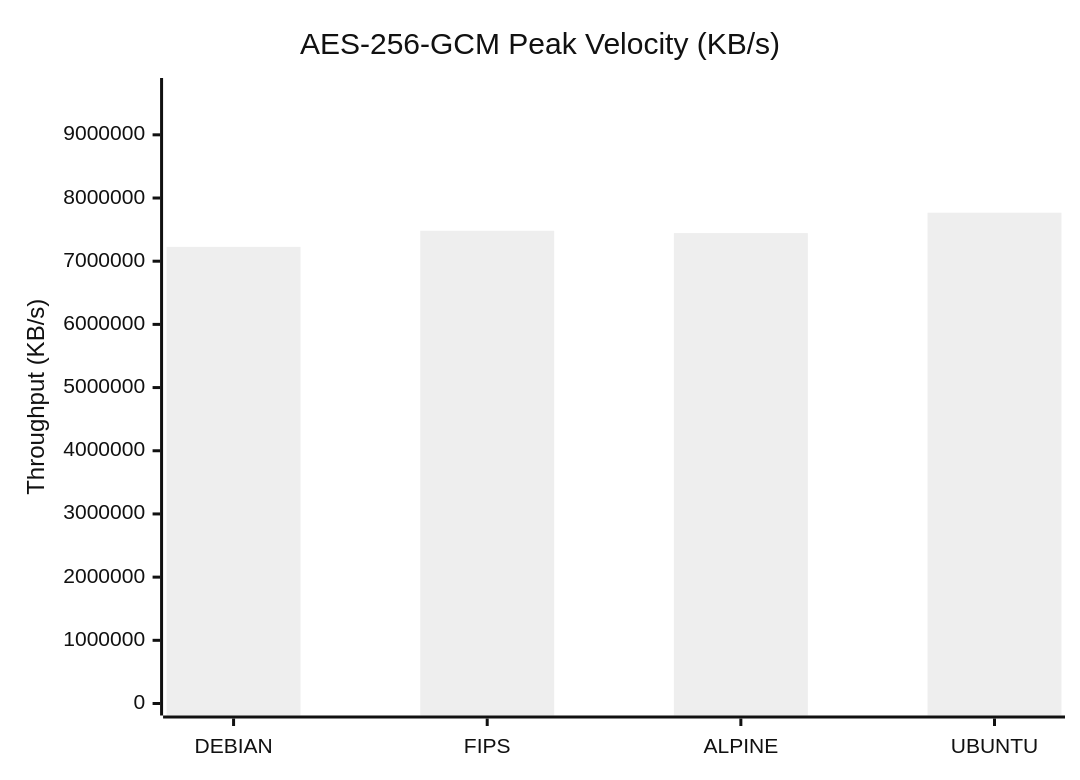
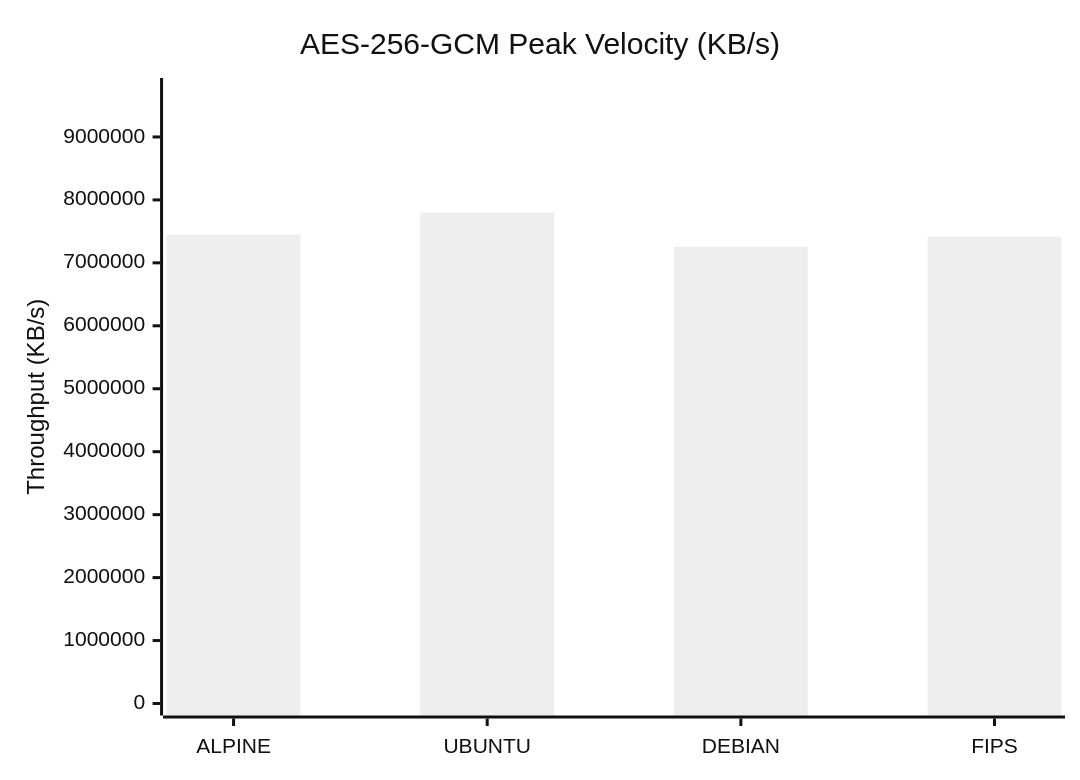
One commit to taha2samy/openssl_fips changed the first of 9 diagrams in docs/Comparison_Report.md. Above: the diagram before and after it, drawn with Mermaid (neutral theme). The commit also changed other lines of this file and 2 other files, not shown here.

````diff
--- a/docs/Comparison_Report.md
+++ b/docs/Comparison_Report.md
@@ -56,7 +56,7 @@
 ```mermaid
 xychart-beta
     title "AES-256-GCM Peak Velocity (KB/s)"
-    x-axis [DEBIAN, FIPS, ALPINE, UBUNTU]
-    y-axis "Throughput (KB/s)" 0 --> 9709457
-    bar [7226982.4, 7481878.12, 7444609.43, 7767565.93]
+    x-axis [ALPINE, UBUNTU, DEBIAN, FIPS]
+    y-axis "Throughput (KB/s)" 0 --> 9745915
+    bar [7447301.32, 7796732.72, 7251800.88, 7413805.88]
 ```
````
